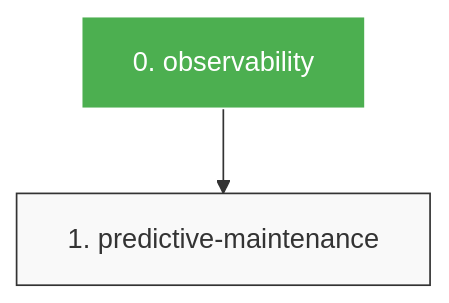
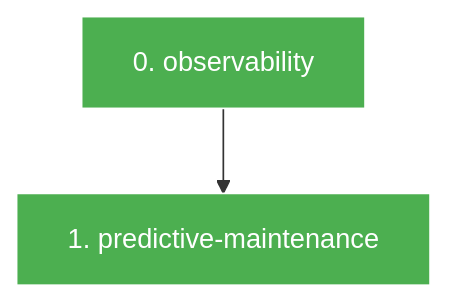
One commit to masondev1024/robot-data-pipeline changed the diagram in phases/5-hardening/DAG.md. Above: the diagram before and after it, drawn with Mermaid. The commit also changed 2 other files, not shown here.

Commit message:
chore(5-hardening): mark phase completed

````diff
--- a/phases/5-hardening/DAG.md
+++ b/phases/5-hardening/DAG.md
@@ -3,12 +3,12 @@
 ```mermaid
 graph TD
   classDef completed fill:#4CAF50,stroke:#fff,color:#fff;
   classDef pending fill:#f9f9f9,stroke:#333;
   classDef error fill:#f44336,stroke:#fff,color:#fff;
   classDef blocked fill:#FF9800,stroke:#fff,color:#fff;
   S0["0. observability"]
   class S0 completed;
   S1["1. predictive-maintenance"]
-  class S1 pending;
+  class S1 completed;
   S0 --> S1
 ```
````
